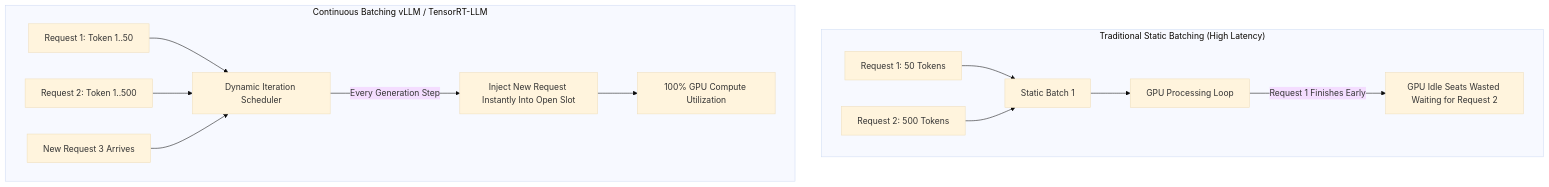
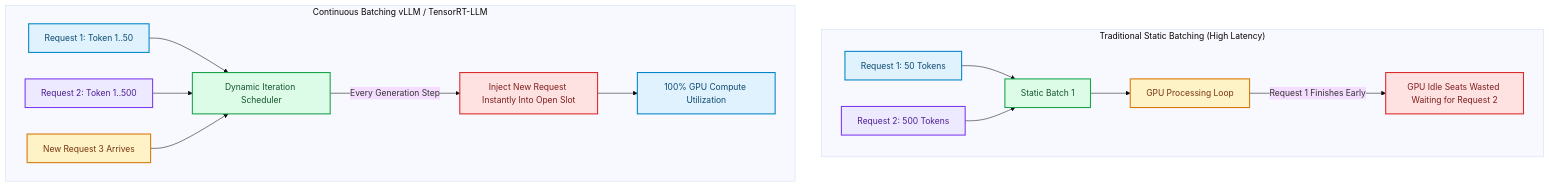
Before and after one commit to akmalkhaniub/akmalkhaniub.github.io: the diagram in blog/posts/llm-inference-vllm-tensorrt-high-throughput-serving-architecture.md, drawn with Mermaid (base theme). The commit also changed other lines of this file and 1291 other files, not shown here.

First line of the commit message:
feat(catalog): unique covers, scholarly references, and diagram palettes

````diff
--- a/blog/posts/llm-inference-vllm-tensorrt-high-throughput-serving-architecture.md
+++ b/blog/posts/llm-inference-vllm-tensorrt-high-throughput-serving-architecture.md
@@ -17,17 +17,28 @@
 ```mermaid
 flowchart TD
   subgraph SG1_TraditionalStaticBatching ["Traditional Static Batching (High Latency)"]
-    A[Request 1: 50 Tokens] --> B[Static Batch 1]
-    C[Request 2: 500 Tokens] --> B
-    B --> D[GPU Processing Loop]
-    D -->|Request 1 Finishes Early| E[GPU Idle Seats Wasted Waiting for Request 2]
+    A["Request 1: 50 Tokens"] --> B["Static Batch 1"]
+    C["Request 2: 500 Tokens"] --> B
+    B --> D["GPU Processing Loop"]
+    D -->|Request 1 Finishes Early| E["GPU Idle Seats Wasted Waiting for Request 2"]
   end
   
   subgraph SG2_ContinuousBatchingVllm ["Continuous Batching vLLM / TensorRT-LLM"]
-    F[Request 1: Token 1..50] --> G[Dynamic Iteration Scheduler]
-    H[Request 2: Token 1..500] --> G
-    I[New Request 3 Arrives] --> G
-    G -->|Every Generation Step| J[Inject New Request Instantly Into Open Slot]
-    J --> K[100% GPU Compute Utilization]
+    F["Request 1: Token 1..50"] --> G["Dynamic Iteration Scheduler"]
+    H["Request 2: Token 1..500"] --> G
+    I["New Request 3 Arrives"] --> G
+    G -->|Every Generation Step| J["Inject New Request Instantly Into Open Slot"]
+    J --> K["100% GPU Compute Utilization"]
   end
+
+classDef green fill:#dcfce7,stroke:#16a34a,stroke-width:2px,color:#14532d;
+classDef red fill:#fee2e2,stroke:#dc2626,stroke-width:2px,color:#7f1d1d;
+classDef blue fill:#e0f2fe,stroke:#0284c7,stroke-width:2px,color:#0c4a6e;
+classDef yellow fill:#fef3c7,stroke:#d97706,stroke-width:2px,color:#78350f;
+classDef purple fill:#ede9fe,stroke:#7c3aed,stroke-width:2px,color:#4c1d95;
+class A,F,K blue
+class B,G green
+class C,H purple
+class D,I yellow
+class E,J red
 ```
````
